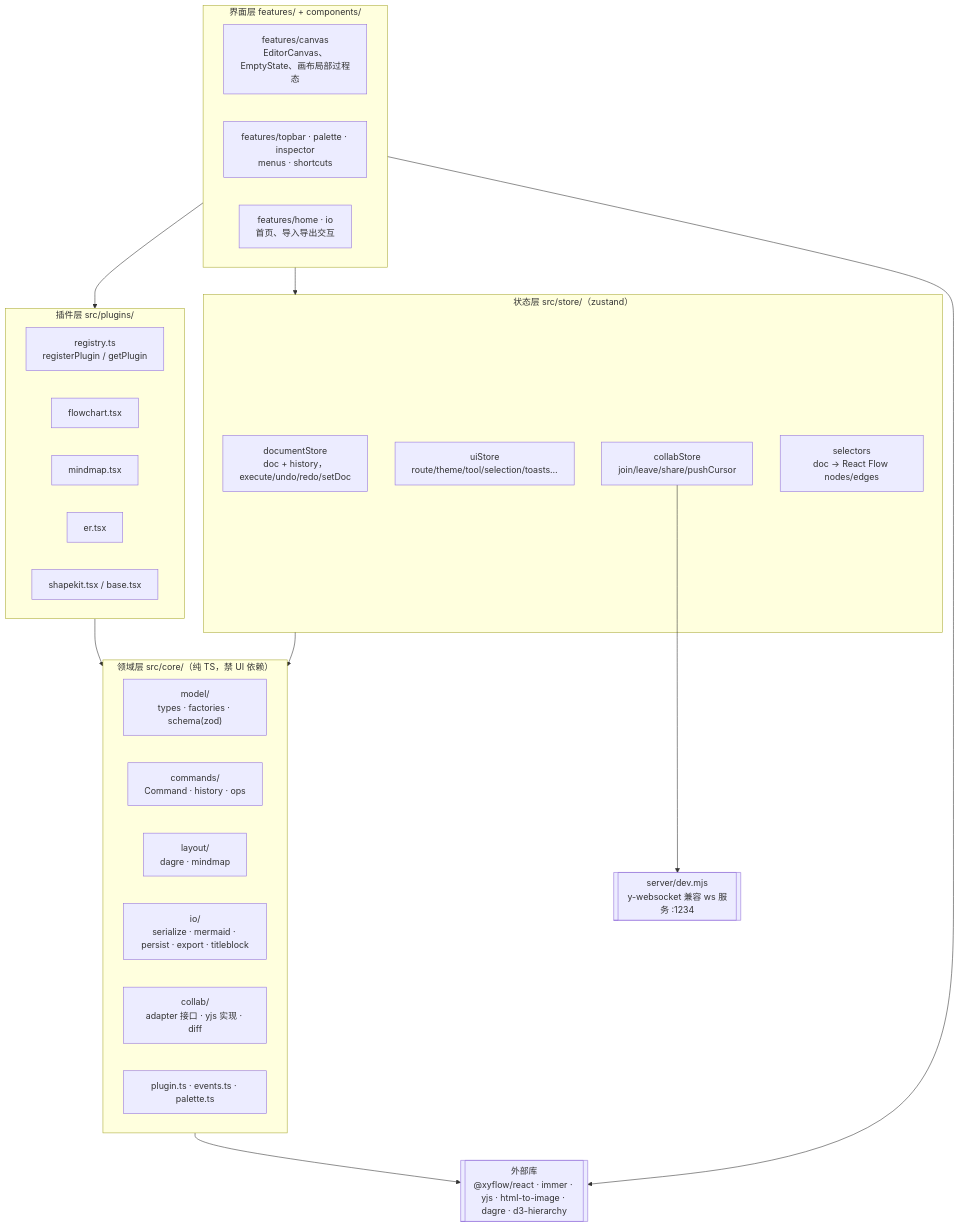
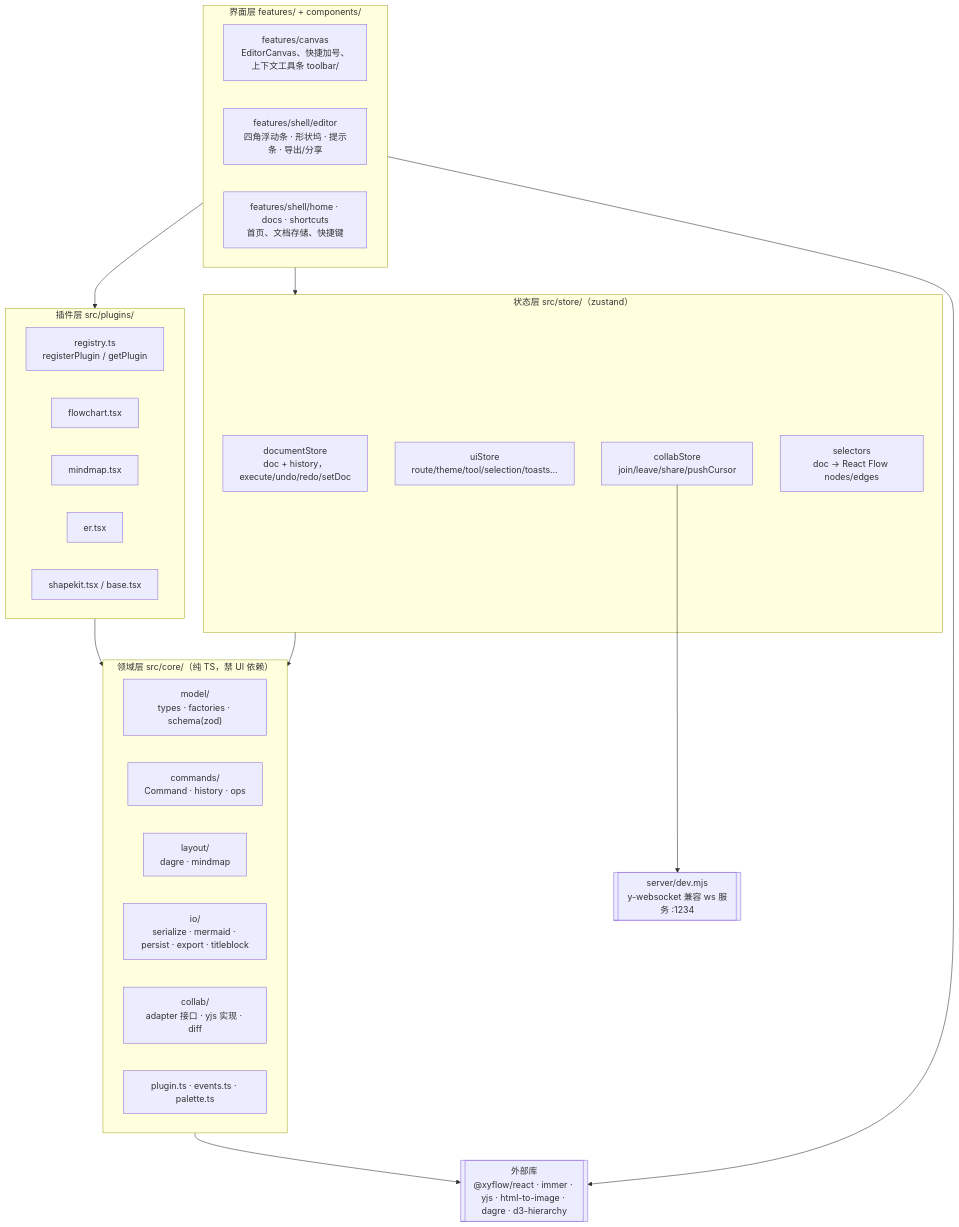
Before and after one commit to Aqua196/diagramstudio: the first of 6 diagrams in docs/ARCHITECTURE.md, drawn with Mermaid. The commit also changed other lines of this file and 62 other files, not shown here.

First line of the commit message:
docs+polish: 改版文档全量同步、性能口径重测、手册配图可重生成

````diff
--- a/docs/ARCHITECTURE.md
+++ b/docs/ARCHITECTURE.md
@@ -27,43 +27,43 @@
 ```mermaid
 flowchart TB
     subgraph UI["界面层 features/ + components/"]
-        canvas["features/canvas<br/>EditorCanvas、EmptyState、画布局部过程态"]
-        shell["features/topbar · palette · inspector<br/>menus · shortcuts"]
-        home["features/home · io<br/>首页、导入导出交互"]
+        canvas["features/canvas<br/>EditorCanvas、快捷加号、上下文工具条 toolbar/"]
+        shell["features/shell/editor<br/>四角浮动条 · 形状坞 · 提示条 · 导出/分享"]
+        home["features/shell/home · docs · shortcuts<br/>首页、文档存储、快捷键"]
     end
 
     subgraph PLUG["插件层 src/plugins/"]
         reg["registry.ts<br/>registerPlugin / getPlugin"]
         fc["flowchart.tsx"]
         mm["mindmap.tsx"]
         er["er.tsx"]
         sk["shapekit.tsx / base.tsx"]
     end
 
     subgraph STORE["状态层 src/store/（zustand）"]
         docS["documentStore<br/>doc + history，execute/undo/redo/setDoc"]
         uiS["uiStore<br/>route/theme/tool/selection/toasts…"]
         clbS["collabStore<br/>join/leave/share/pushCursor"]
         sel["selectors<br/>doc → React Flow nodes/edges"]
     end
 
     subgraph CORE["领域层 src/core/（纯 TS，禁 UI 依赖）"]
         model["model/<br/>types · factories · schema(zod)"]
         cmd["commands/<br/>Command · history · ops"]
         lay["layout/<br/>dagre · mindmap"]
         io["io/<br/>serialize · mermaid · persist · export · titleblock"]
         col["collab/<br/>adapter 接口 · yjs 实现 · diff"]
         misc["plugin.ts · events.ts · palette.ts"]
     end
 
     EXT[["外部库<br/>@xyflow/react · immer · yjs · html-to-image · dagre · d3-hierarchy"]]
     SERVER[["server/dev.mjs<br/>y-websocket 兼容 ws 服务 :1234"]]
 
     UI --> STORE
     UI --> PLUG
     PLUG --> CORE
     STORE --> CORE
     CORE --> EXT
     UI --> EXT
     clbS --> SERVER
 ```
````
